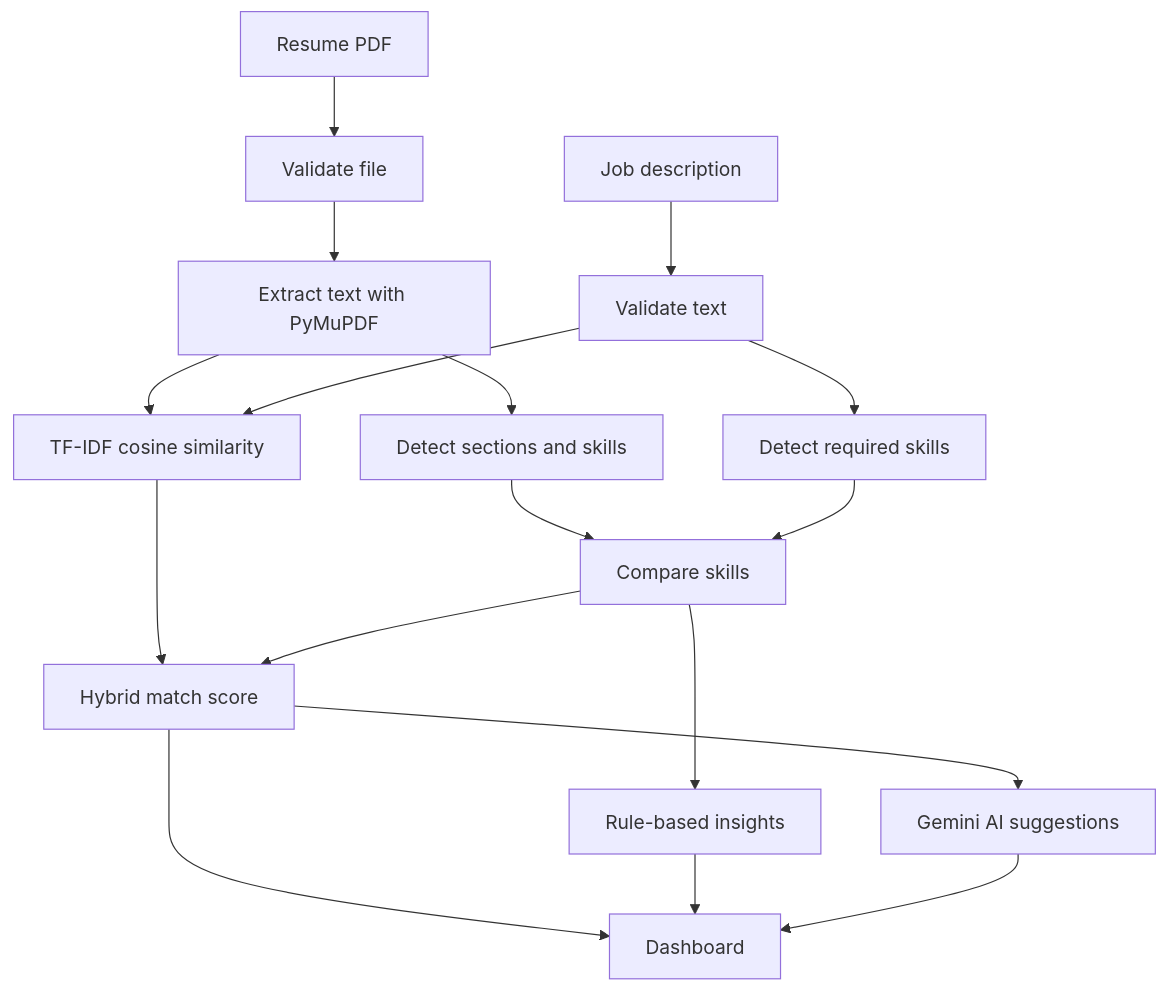
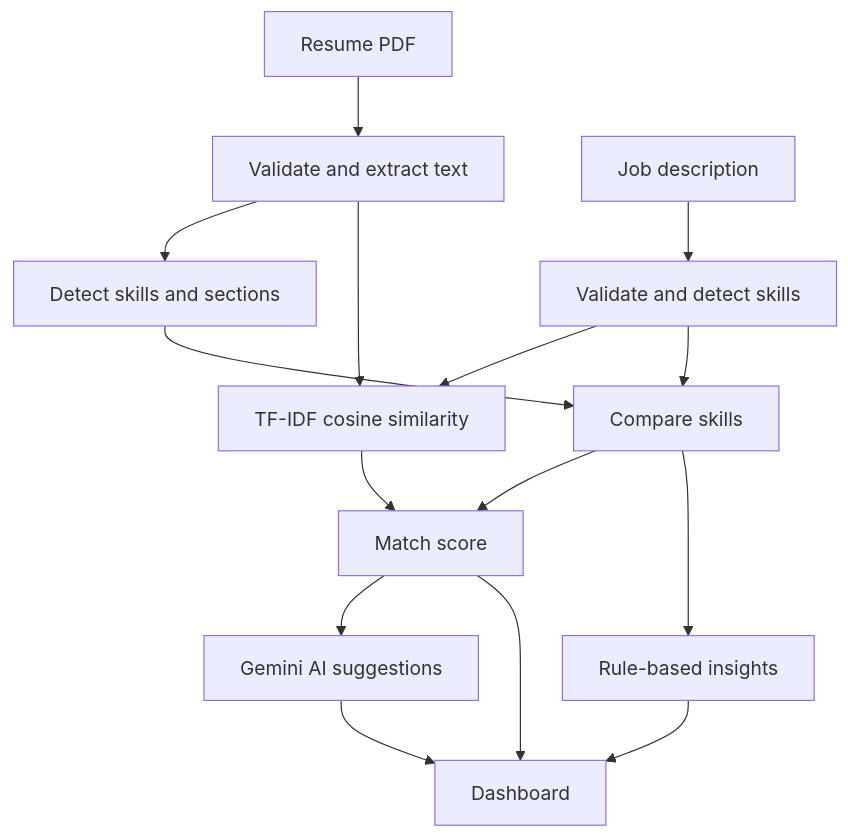
The diagram in README.md (mouli-tech2025/AlignCV), drawn with Mermaid before and after one commit. The commit also changed other lines of this file, not shown here.

````diff
--- a/README.md
+++ b/README.md
@@ -123,19 +58,17 @@
 ```mermaid
 flowchart TD
-    A[Resume PDF] --> B[Validate file]
-    J[Job description] --> K[Validate text]
-    B --> C[Extract text with PyMuPDF]
-    C --> D[Detect sections and skills]
-    K --> E[Detect required skills]
-    C --> F[TF-IDF cosine similarity]
+    A[Resume PDF] --> B[Validate and extract text]
+    J[Job description] --> K[Validate and detect skills]
+    B --> D[Detect skills and sections]
+    B --> F[TF-IDF cosine similarity]
     K --> F
     D --> G[Compare skills]
-    E --> G
-    F --> H[Hybrid match score]
+    K --> G
+    F --> H[Match score]
     G --> H
     G --> I[Rule-based insights]
     H --> L[Gemini AI suggestions]
     H --> M[Dashboard]
     I --> M
     L --> M
 ```
````
